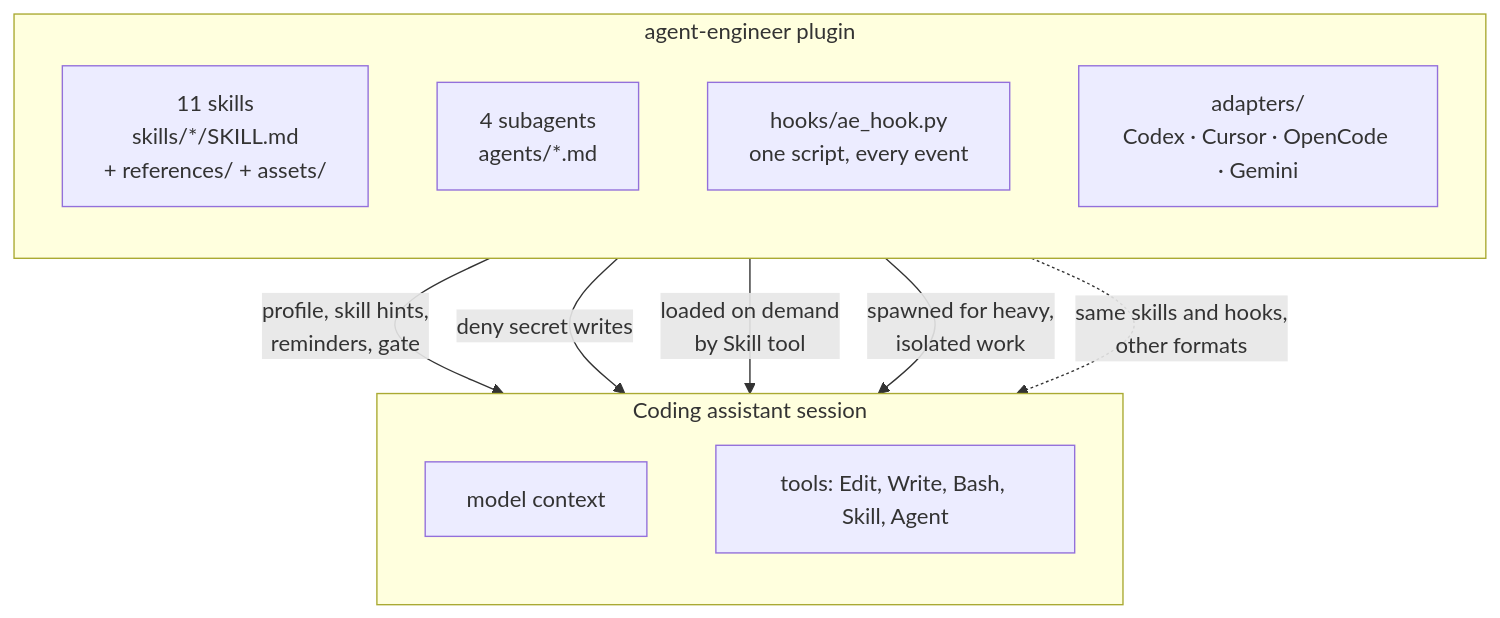
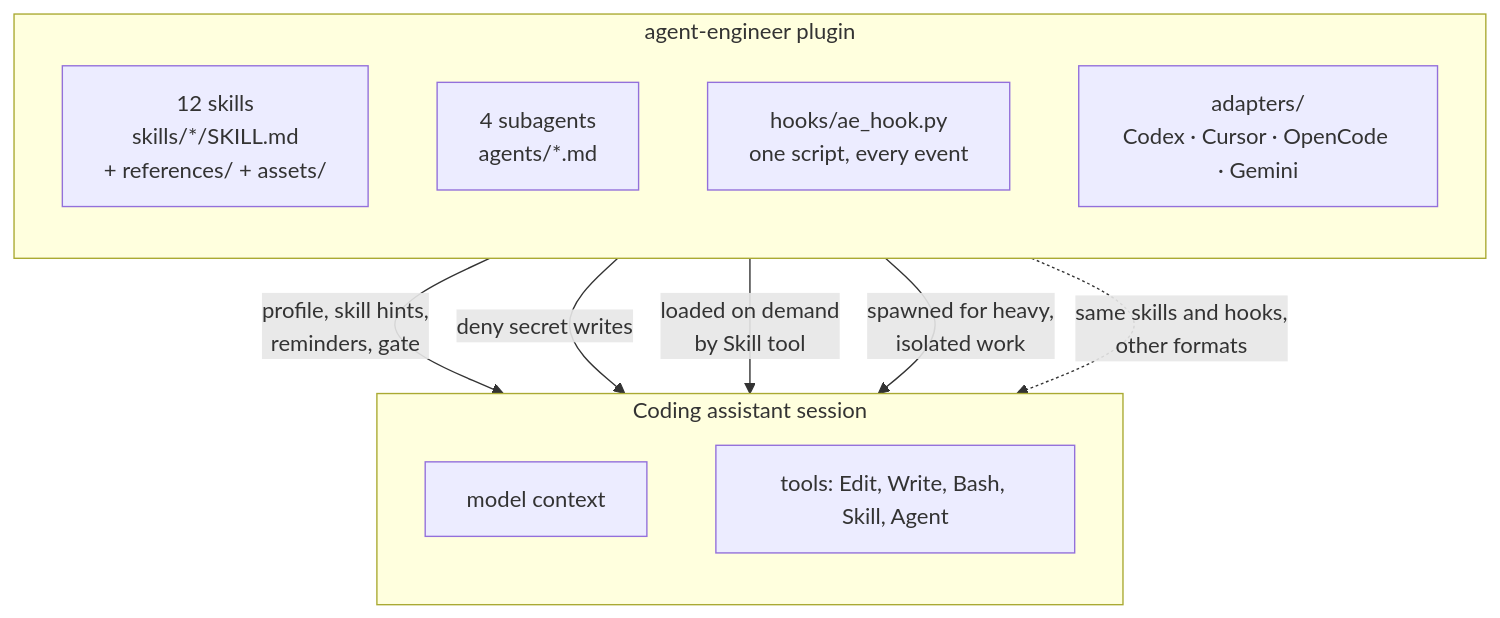
One commit to sarthakrastogi/agent-engineer changed the fifth of 9 diagrams in docs/README.md. Above: the diagram before and after it, drawn with Mermaid. The commit also changed other lines of this file and 35 other files, not shown here.

````diff
--- a/docs/README.md
+++ b/docs/README.md
@@ -342,20 +342,20 @@
 ```mermaid
 flowchart TB
     subgraph Plugin["agent-engineer plugin"]
         direction TB
-        S["11 skills<br/>skills/*/SKILL.md<br/>+ references/ + assets/"]
+        S["12 skills<br/>skills/*/SKILL.md<br/>+ references/ + assets/"]
         A["4 subagents<br/>agents/*.md"]
         H["hooks/ae_hook.py<br/>one script, every event"]
         Ad["adapters/<br/>Codex · Cursor · OpenCode · Gemini"]
     end
     subgraph Assistant["Coding assistant session"]
         direction TB
         Ctx["model context"]
         Tools["tools: Edit, Write, Bash, Skill, Agent"]
     end
     H -- "profile, skill hints,<br/>reminders, gate" --> Ctx
     H -- "deny secret writes" --> Tools
     S -- "loaded on demand<br/>by Skill tool" --> Ctx
     A -- "spawned for heavy,<br/>isolated work" --> Tools
     Ad -. "same skills and hooks,<br/>other formats" .-> Assistant
 ```
````
